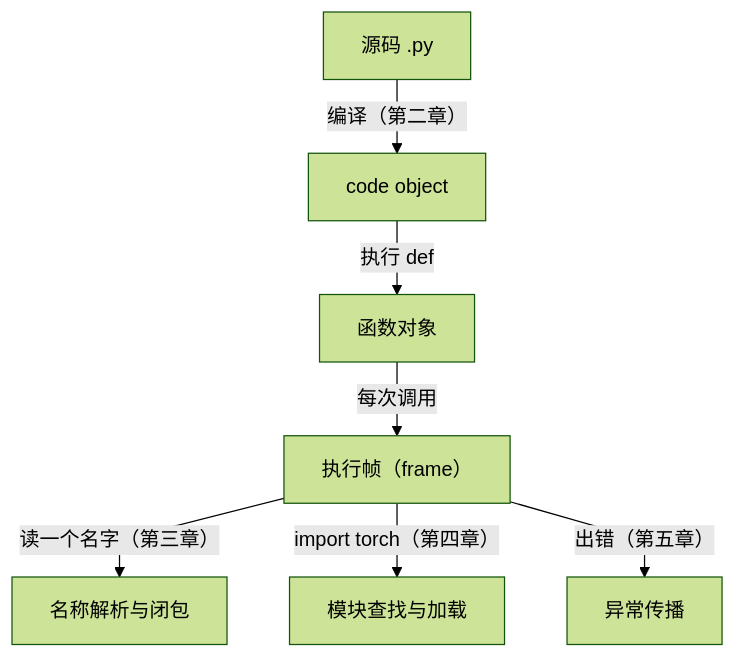
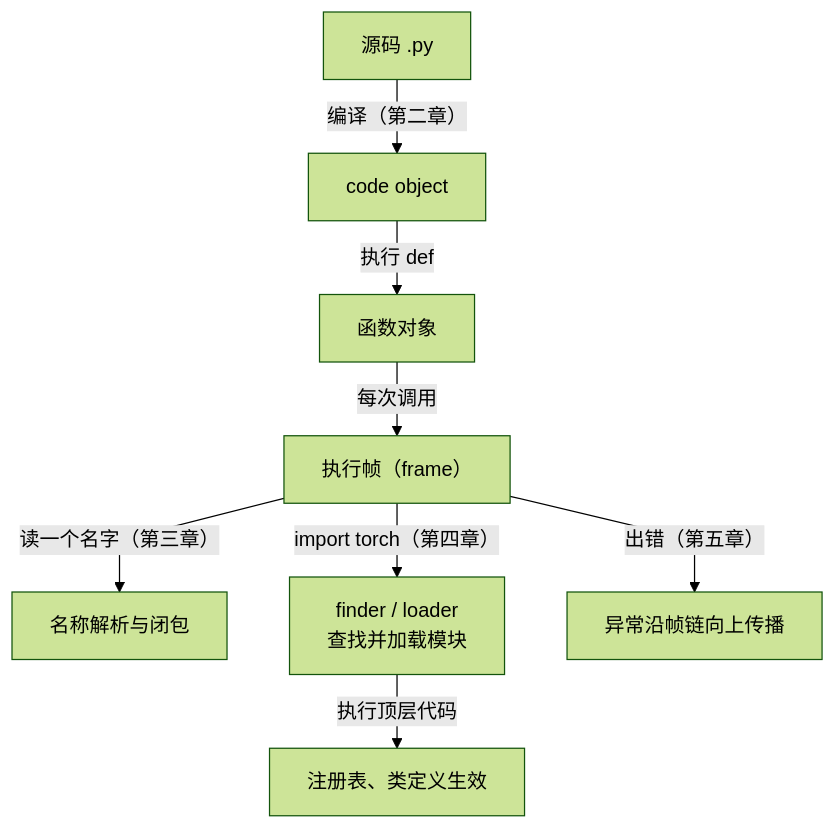
The first of 12 diagrams in _posts/2026-01-24-python-execution-model-scopes-imports-and-exceptions.md (arganzheng/arganzheng.github.com), drawn with Mermaid (forest theme) before and after one commit. The commit also changed other lines of this file and 1 other file, not shown here.

First line of the commit message:
Python 01 上 / 08 总结：补异常传播例子与图，修正版本与实现细节、跨篇引用

````diff
--- a/_posts/2026-01-24-python-execution-model-scopes-imports-and-exceptions.md
+++ b/_posts/2026-01-24-python-execution-model-scopes-imports-and-exceptions.md
@@ -32,11 +32,12 @@
 ```mermaid
 %%{init: {"flowchart": {"wrappingWidth": 160, "rankSpacing": 35, "curve": "linear"}}}%%
 %% 图：Python 代码怎么跑：源码 → code object → 帧 → 名称解析 / import / 异常传播
 flowchart TB
     S["源码 .py"] -- "编译（第二章）" --> CO["code object"]
     CO -- "执行 def" --> FN["函数对象"]
     FN -- "每次调用" --> FR["执行帧（frame）"]
     FR -- "读一个名字（第三章）" --> LEGB["名称解析与闭包"]
-    FR -- "import torch（第四章）" --> IMP["模块查找与加载"]
-    FR -- "出错（第五章）" --> EXC["异常传播"]
+    FR -- "import torch（第四章）" --> IMP["finder / loader<br/>查找并加载模块"]
+    IMP -- "执行顶层代码" --> EFFECT["注册表、类定义生效"]
+    FR -- "出错（第五章）" --> EXC["异常沿帧链向上传播"]
 ```
````
